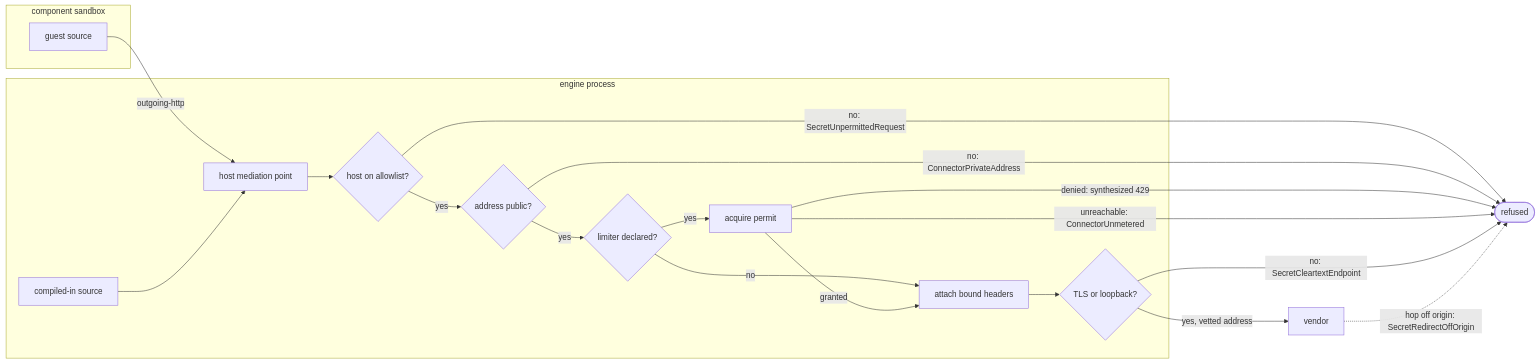
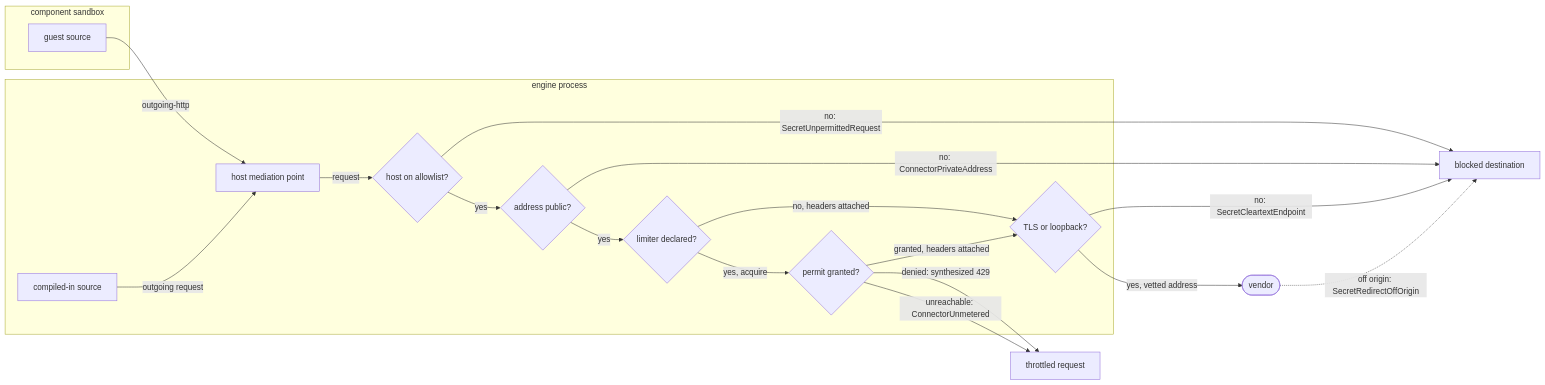
Before and after one commit to fractalboxdev/contextful: the fifth of 5 diagrams in spec/40-connector.md, drawn with Mermaid. The commit also changed other lines of this file and 31 other files, not shown here.

First line of the commit message:
spec: every diagram draws things as nodes and what flows as labelled edges

````diff
--- a/spec/40-connector.md
+++ b/spec/40-connector.md
@@ -466,34 +468,33 @@
 ```mermaid
 flowchart LR
   subgraph SANDBOX["component sandbox"]
     G["guest source"]
   end
   subgraph ENGINE["engine process"]
     N["compiled-in source"]
     M["host mediation point"]
     A{"host on allowlist?"}
     D{"address public?"}
     L{"limiter declared?"}
-    Q["acquire permit"]
-    H["attach bound headers"]
+    Q{"permit granted?"}
     S{"TLS or loopback?"}
   end
-  X(["refused"])
-  V["vendor"]
-  G -->|outgoing-http| M
-  N --> M
-  M --> A
-  A -->|"no: SecretUnpermittedRequest"| X
-  A -->|yes| D
-  D -->|"no: ConnectorPrivateAddress"| X
-  D -->|yes| L
-  L -->|no| H
-  L -->|yes| Q
-  Q -->|"denied: synthesized 429"| X
-  Q -->|"unreachable: ConnectorUnmetered"| X
-  Q -->|granted| H
-  H --> S
-  S -->|"no: SecretCleartextEndpoint"| X
+  V(["vendor"])
+  BLOCK["blocked destination"]
+  THROTTLE["throttled request"]
+  G -->|"outgoing-http"| M
+  N -->|"outgoing request"| M
+  M -->|"request"| A
+  A -->|"no: SecretUnpermittedRequest"| BLOCK
+  A -->|"yes"| D
+  D -->|"no: ConnectorPrivateAddress"| BLOCK
+  D -->|"yes"| L
+  L -->|"no, headers attached"| S
+  L -->|"yes, acquire"| Q
+  Q -->|"denied: synthesized 429"| THROTTLE
+  Q -->|"unreachable: ConnectorUnmetered"| THROTTLE
+  Q -->|"granted, headers attached"| S
+  S -->|"no: SecretCleartextEndpoint"| BLOCK
   S -->|"yes, vetted address"| V
-  V -.->|"hop off origin: SecretRedirectOffOrigin"| X
+  V -.->|"off origin: SecretRedirectOffOrigin"| BLOCK
 ```
````
